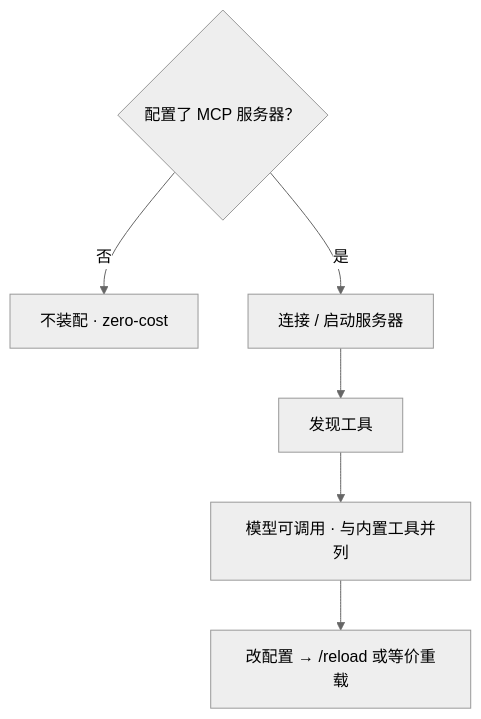
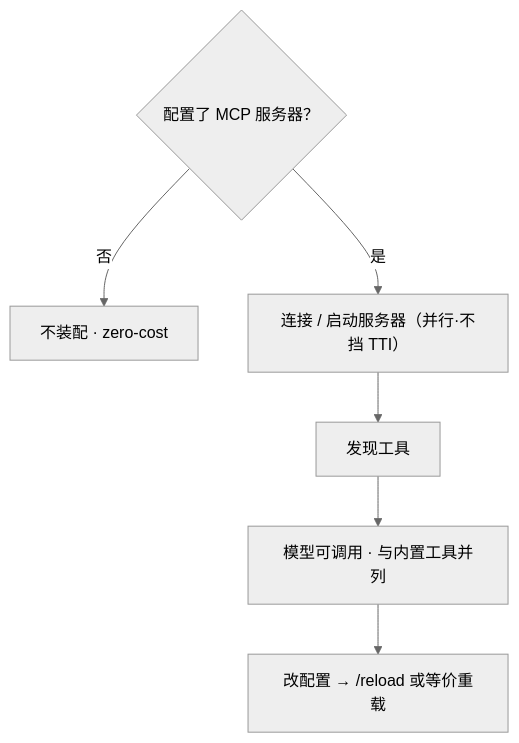
The diagram in docs/architecture/扩展能力-MCP.md (StrayDragon/xylitol), drawn with Mermaid (neutral theme) before and after one commit. The commit also changed other lines of this file and 17 other files, not shown here.

````diff
--- a/docs/architecture/扩展能力-MCP.md
+++ b/docs/architecture/扩展能力-MCP.md
@@ -14,9 +16,9 @@
 ```mermaid
 flowchart TD
   Cfg{"配置了 MCP 服务器？"}
   Cfg -->|否| Zero["不装配 · zero-cost"]
-  Cfg -->|是| Connect["连接 / 启动服务器"]
+  Cfg -->|是| Connect["连接 / 启动服务器（并行·不挡 TTI）"]
   Connect --> Discover["发现工具"]
   Discover --> Use["模型可调用 · 与内置工具并列"]
   Use --> Reload["改配置 → /reload 或等价重载"]
 ```
````
